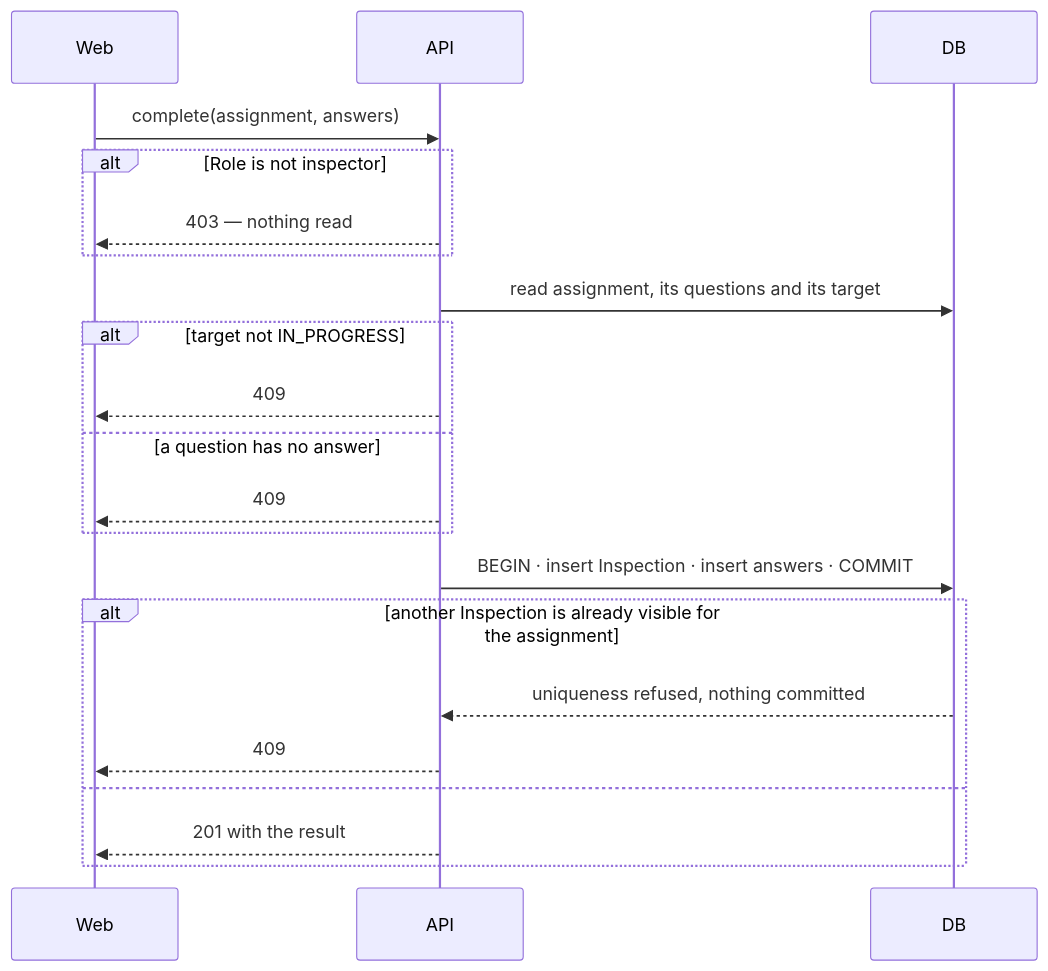
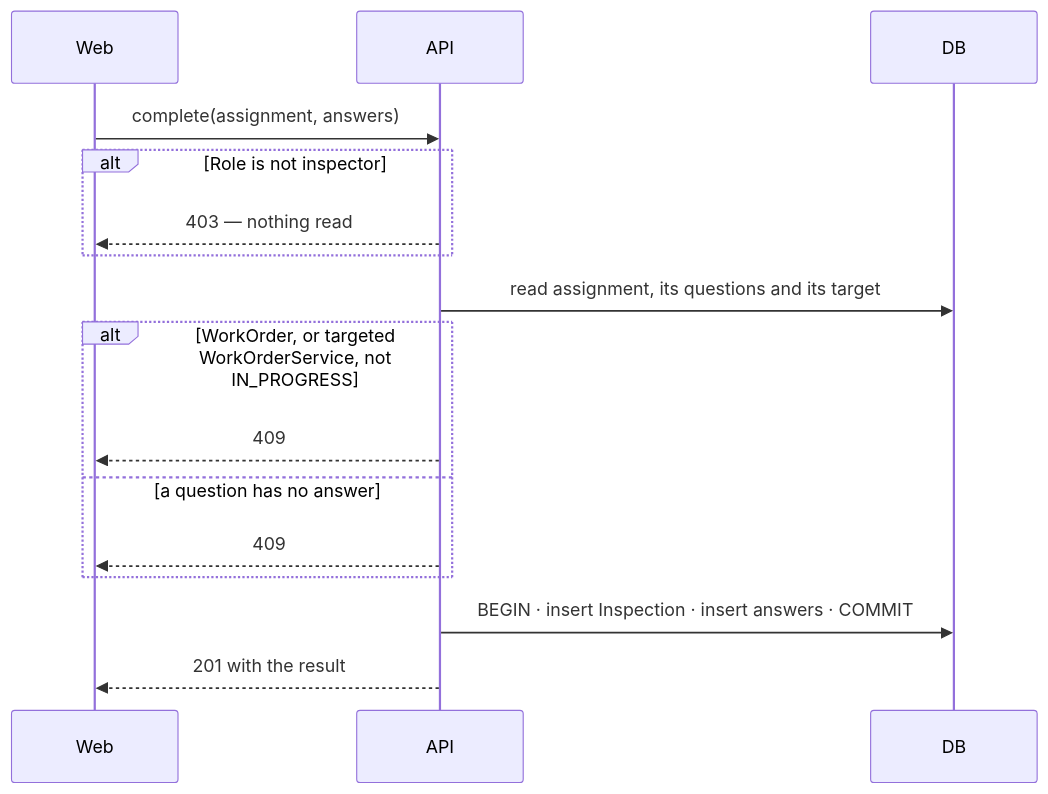
The fourth of 4 diagrams in .design/inspection.md (lucianotavernard/umbrielship), drawn with Mermaid before and after one commit. The commit also changed other lines of this file and 2 other files, not shown here.

Commit message:
docs(specs): plan the InspectionTemplate slice and allow many Inspections per assignment

````diff
--- a/.design/inspection.md
+++ b/.design/inspection.md
@@ -382,23 +381,18 @@
 ```mermaid
 sequenceDiagram
   participant C as Web
   participant U as API
   participant DB
   C->>U: complete(assignment, answers)
   alt Role is not inspector
     U-->>C: 403 — nothing read
   end
   U->>DB: read assignment, its questions and its target
-  alt target not IN_PROGRESS
+  alt WorkOrder, or targeted WorkOrderService, not IN_PROGRESS
     U-->>C: 409
   else a question has no answer
     U-->>C: 409
   end
   U->>DB: BEGIN · insert Inspection · insert answers · COMMIT
-  alt another Inspection is already visible for the assignment
-    DB-->>U: uniqueness refused, nothing committed
-    U-->>C: 409
-  else
-    U-->>C: 201 with the result
-  end
+  U-->>C: 201 with the result
 ```
````
